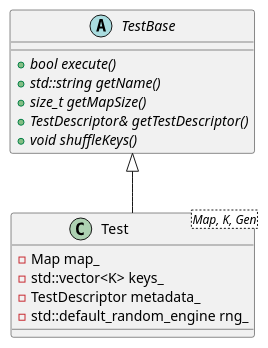
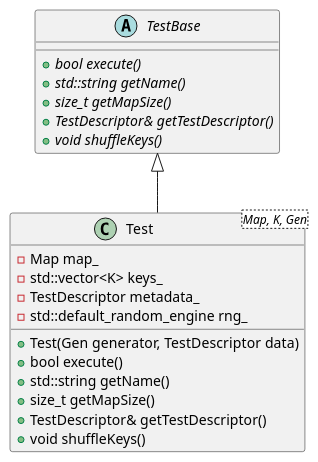
Before and after one commit to Yourzo/hasherBenchmarker: the diagram in UMLplant/Test.puml, drawn with PlantUML. The commit also changed 2 other files, not shown here.

Commit message:
fixes, data analysis script

```diff
--- a/UMLplant/Test.puml
+++ b/UMLplant/Test.puml
@@ -1,19 +1,25 @@
 @startuml
 
 abstract TestBase {
 +bool {abstract} execute()
 +std::string {abstract} getName()
 +size_t {abstract} getMapSize()
 +TestDescriptor& {abstract} getTestDescriptor()
 +void {abstract} shuffleKeys()
 }
 
 class Test<Map, K, Gen> {
 -Map map_
 -std::vector<K> keys_
 -TestDescriptor metadata_
 -std::default_random_engine rng_
++Test(Gen generator, TestDescriptor data)
++bool execute()
++std::string getName()
++size_t getMapSize()
++TestDescriptor& getTestDescriptor()
++void shuffleKeys()
 }
 
 TestBase <|-- Test
 @enduml
```
